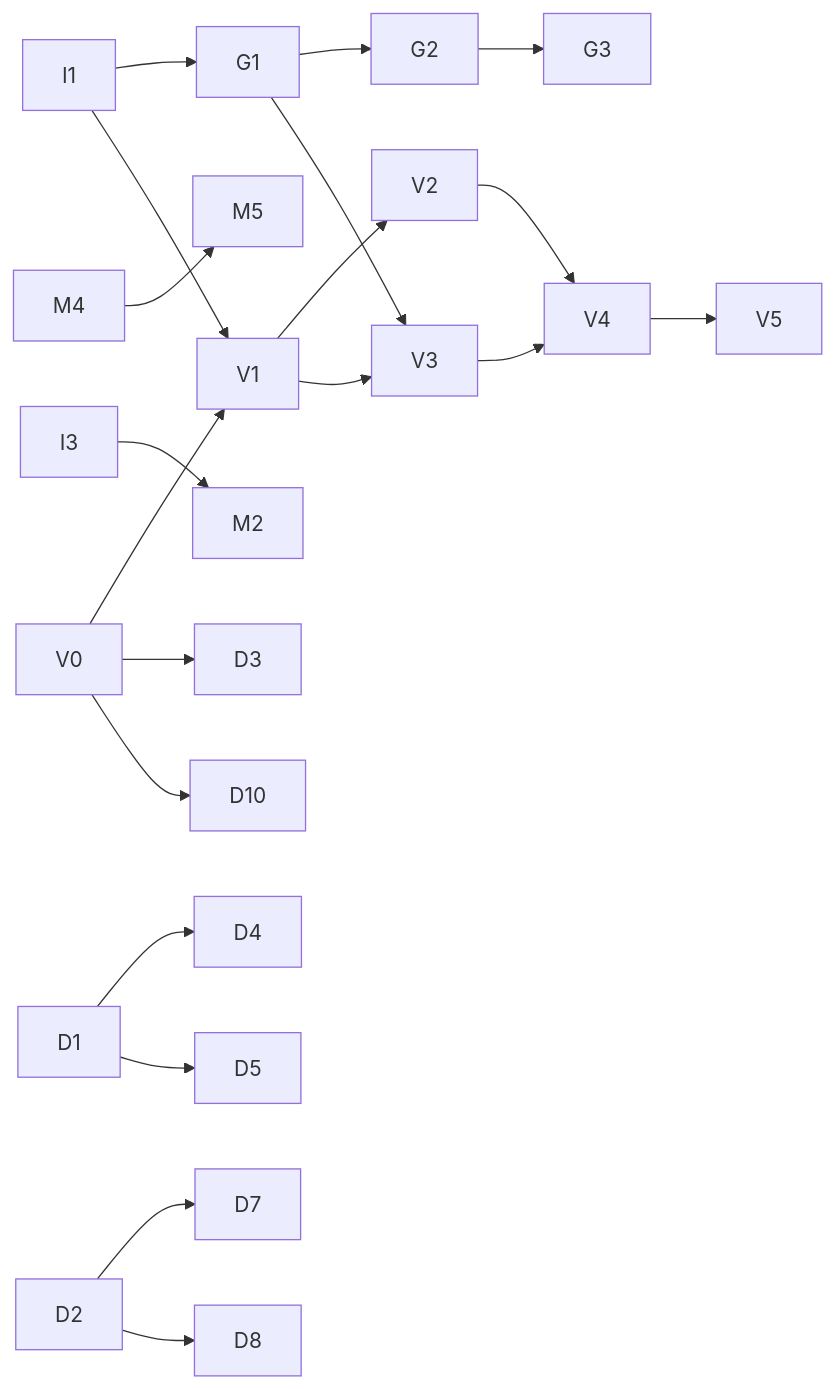
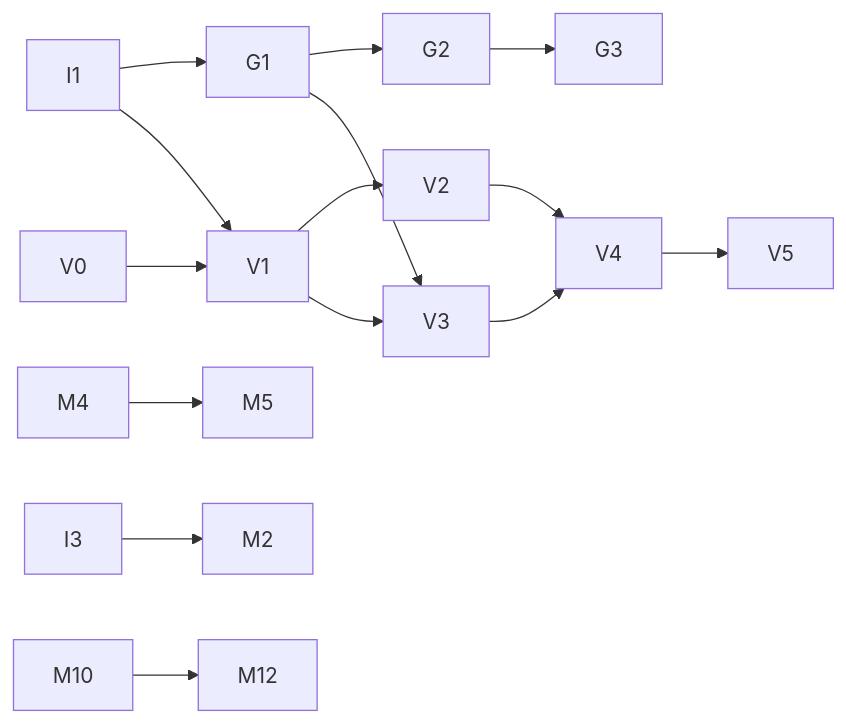
One commit to Dami-wq-k03/nano-lmcache changed the diagram in ROADMAP.md. Above: the diagram before and after it, drawn with Mermaid. The commit also changed other lines of this file and 1 other file, not shown here.

First line of the commit message:
docs: replace unclaimed teaching tasks with code tasks in the roadmap

````diff
--- a/ROADMAP.md
+++ b/ROADMAP.md
@@ -130,16 +131,11 @@
 ```mermaid
 graph LR
   I1 --> G1 --> G2 --> G3
   I1 --> V1
   V0 --> V1 --> V2 --> V4 --> V5
   V1 --> V3 --> V4
   G1 --> V3
   M4 --> M5
   I3 --> M2
-  V0 --> D3
-  D1 --> D4
-  D1 --> D5
-  D2 --> D7
-  D2 --> D8
-  V0 --> D10
+  M10 --> M12
 ```
````
